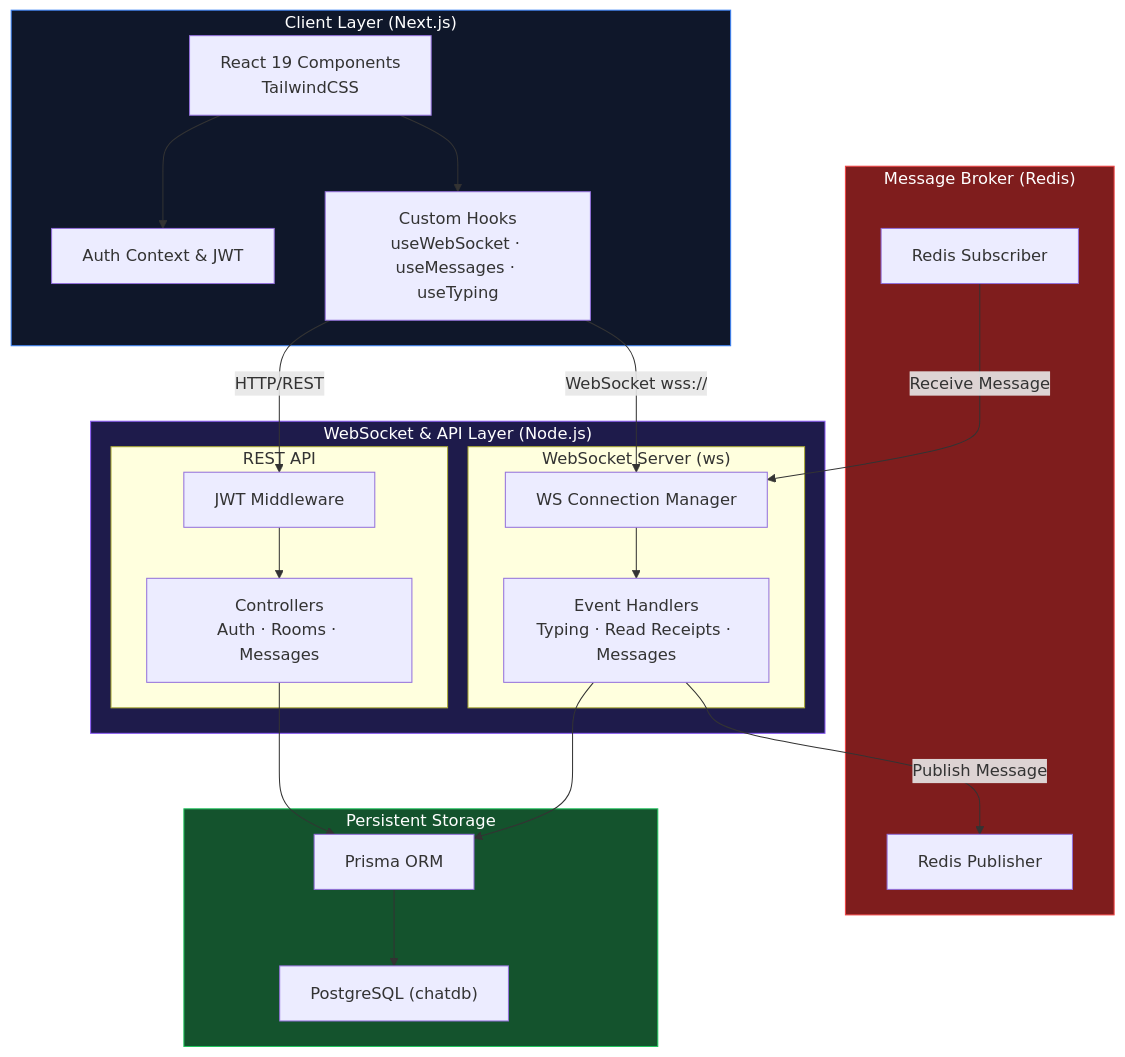
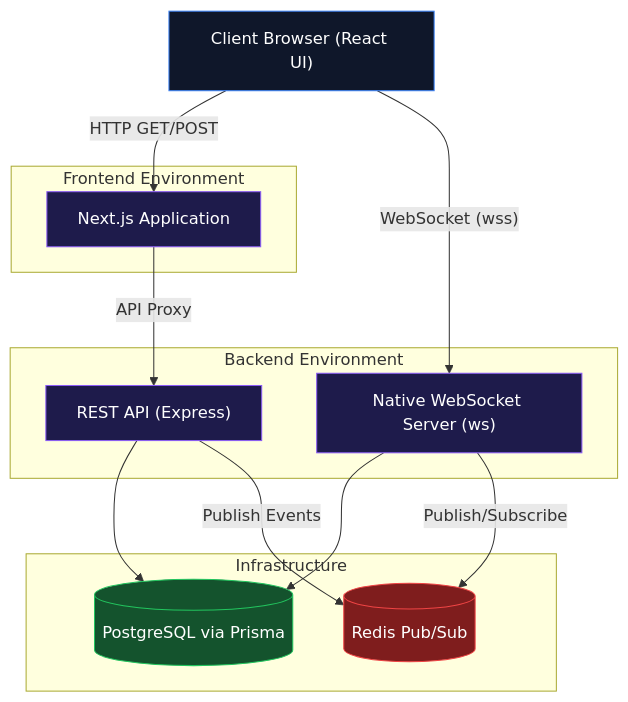
Before and after one commit to Harshgg1/realtime-chat-redis: the first of 5 diagrams in README.md, drawn with Mermaid. The commit also changed other lines of this file and 1 other file, not shown here.

````diff
--- a/README.md
+++ b/README.md
@@ -52,50 +61,35 @@
 ```mermaid
-graph TB
-    subgraph ClientLayer["Client Layer (Next.js)"]
-        UI["React 19 Components<br/>TailwindCSS"]
-        AUTH_CTX["Auth Context & JWT"]
-        WS_HOOKS["Custom Hooks<br/>useWebSocket · useMessages · useTyping"]
+graph TD
+    Client["Client Browser (React UI)"]
+    
+    subgraph NextJS [Frontend Environment]
+        Next["Next.js Application"]
     end
+    
+    subgraph BackendEnvironment [Backend Environment]
+        API["REST API (Express)"]
+        WSS["Native WebSocket Server (ws)"]
+    end
+    
+    subgraph Infrastructure [Infrastructure]
+        Redis[(Redis Pub/Sub)]
+        DB[(PostgreSQL via Prisma)]
+    end
+    
+    Client -->|"HTTP GET/POST"| Next
+    Client -->|"WebSocket (wss)"| WSS
+    Next -->|"API Proxy"| API
+    
+    API --> DB
+    WSS --> DB
+    
+    WSS -->|"Publish/Subscribe"| Redis
+    API -->|"Publish Events"| Redis
 
-    subgraph ServerLayer["WebSocket & API Layer (Node.js)"]
-        subgraph API["REST API"]
-            CTRL["Controllers<br/>Auth · Rooms · Messages"]
-            AUTH_MW["JWT Middleware"]
-        end
-
-        subgraph WS["WebSocket Server (ws)"]
-            WSS["WS Connection Manager"]
-            HANDLERS["Event Handlers<br/>Typing · Read Receipts · Messages"]
-        end
-    end
-
-    subgraph MessageBroker["Message Broker (Redis)"]
-        REDIS_PUB["Redis Publisher"]
-        REDIS_SUB["Redis Subscriber"]
-    end
-
-    subgraph Database["Persistent Storage"]
-        PG["PostgreSQL (chatdb)"]
-        PRISMA["Prisma ORM"]
-    end
-
-    UI --> AUTH_CTX
-    UI --> WS_HOOKS
-    WS_HOOKS -->|"HTTP/REST"| AUTH_MW
-    WS_HOOKS -->|"WebSocket wss://"| WSS
-    
-    AUTH_MW --> CTRL
-    CTRL --> PRISMA
-    
-    WSS --> HANDLERS
-    HANDLERS -->|"Publish Message"| REDIS_PUB
-    REDIS_SUB -->|"Receive Message"| WSS
-    
-    HANDLERS --> PRISMA
-    PRISMA --> PG
-
-    style ClientLayer fill:#0f172a,stroke:#3b82f6,color:#fff
-    style ServerLayer fill:#1e1b4b,stroke:#8b5cf6,color:#fff
-    style MessageBroker fill:#7f1d1d,stroke:#ef4444,color:#fff
-    style Database fill:#14532d,stroke:#22c55e,color:#fff
+    style Client fill:#0f172a,stroke:#3b82f6,color:#fff
+    style Next fill:#1e1b4b,stroke:#8b5cf6,color:#fff
+    style API fill:#1e1b4b,stroke:#8b5cf6,color:#fff
+    style WSS fill:#1e1b4b,stroke:#8b5cf6,color:#fff
+    style Redis fill:#7f1d1d,stroke:#ef4444,color:#fff
+    style DB fill:#14532d,stroke:#22c55e,color:#fff
 ```
````
